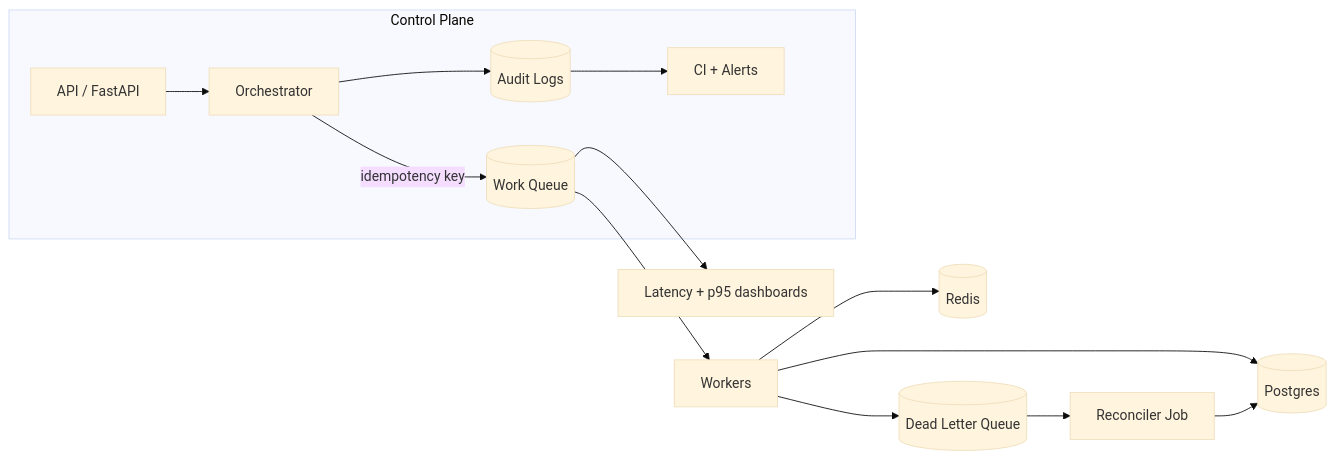
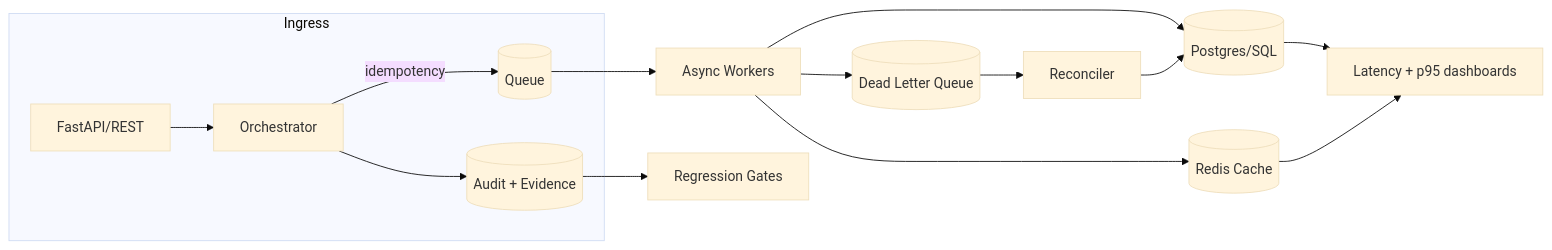
The diagram in README.md (Karan-05/Karan-05), drawn with Mermaid (base theme) before and after one commit.

Commit message:
Tidy reliability diagram

````diff
--- a/README.md
+++ b/README.md
@@ -18,16 +18,20 @@
 ```mermaid
 flowchart LR
-  subgraph Control Plane
-    API[API / FastAPI] --> ORCH[Orchestrator]
-    ORCH -->|idempotency key| Q[(Work Queue)]
-    ORCH --> LOGS[(Audit Logs)]
-    LOGS --> ALERTS[CI + Alerts]
-  end
-  Q --> W[Workers]
-  W --> DB[(Postgres)]
-  W --> CACHE[(Redis)]
-  W --> DLQ[(Dead Letter Queue)]
-  DLQ --> REC[Reconciler Job]
-  REC --> DB
-  Q --> METRICS[Latency + p95 dashboards]
+    subgraph Ingress
+        API[FastAPI/REST] --> ORCH[Orchestrator]
+        ORCH -->|idempotency| Q[(Queue)]
+        ORCH --> AUDIT[(Audit + Evidence)]
+    end
+
+    Q --> WORKER[Async Workers]
+    WORKER --> STORE[(Postgres/SQL)]
+    WORKER --> CACHE[(Redis Cache)]
+    WORKER --> DLQ[(Dead Letter Queue)]
+
+    DLQ --> REC[Reconciler]
+    REC --> STORE
+
+    AUDIT --> CI[Regression Gates]
+    STORE --> METRICS[Latency + p95 dashboards]
+    CACHE --> METRICS
 ```
````
